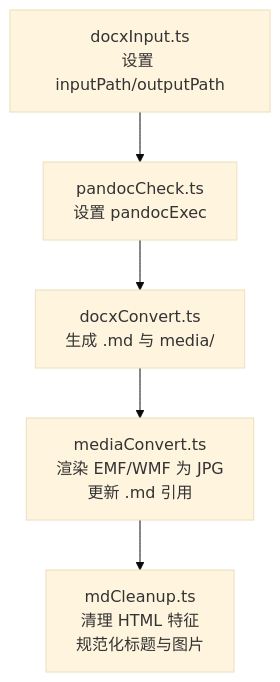
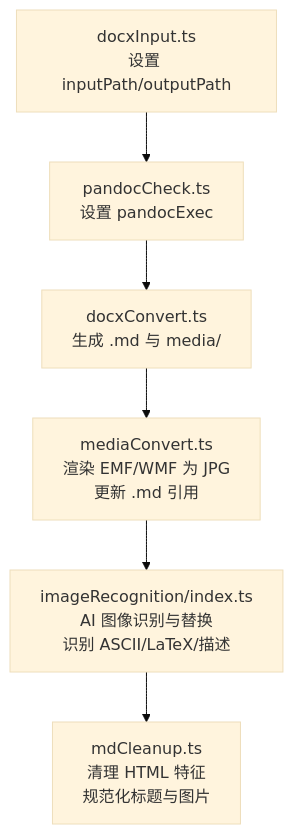
One commit to hllshiro/doc2md-cli changed the third of 3 diagrams in .qoder/repowiki/zh/content/转换模块详解/转换模块详解.md. Above: the diagram before and after it, drawn with Mermaid (base theme). The commit also changed other lines of this file and 4 other files, not shown here.

First line of the commit message:
feat(media): 扩展多格式图像支持，增强文件处理能力

````diff
--- a/.qoder/repowiki/zh/content/转换模块详解/转换模块详解.md
+++ b/.qoder/repowiki/zh/content/转换模块详解/转换模块详解.md
@@ -251,7 +420,8 @@
 ```mermaid
 flowchart TD
 A["docxInput.ts<br/>设置 inputPath/outputPath"] --> B["pandocCheck.ts<br/>设置 pandocExec"]
 B --> C["docxConvert.ts<br/>生成 .md 与 media/"]
 C --> D["mediaConvert.ts<br/>渲染 EMF/WMF 为 JPG<br/>更新 .md 引用"]
-D --> E["mdCleanup.ts<br/>清理 HTML 特征<br/>规范化标题与图片"]
+D --> E["imageRecognition/index.ts<br/>AI 图像识别与替换<br/>识别 ASCII/LaTeX/描述"]
+E --> F["mdCleanup.ts<br/>清理 HTML 特征<br/>规范化标题与图片"]
 ```
````
